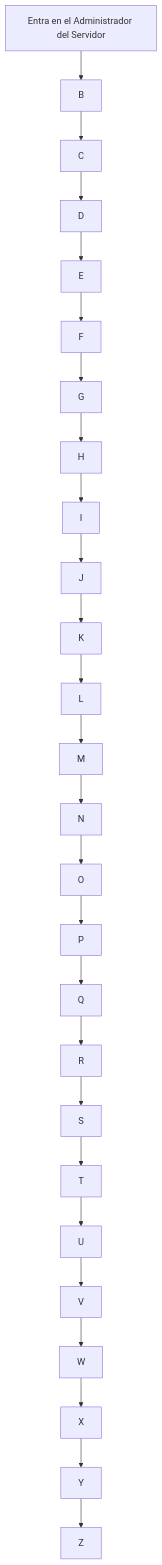
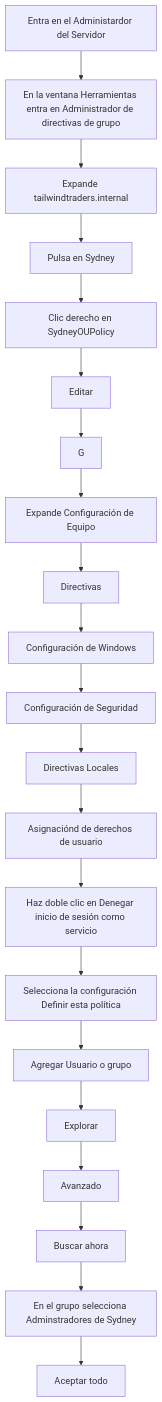
Before and after one commit to alegraargalu/SMR2-SOR-HOTEL_MDD: diagram 22 of 22 in Instalación Active Directory.md, drawn with Mermaid. The commit also changed other lines of this file, not shown here.

````diff
--- a/Instalación Active Directory.md
+++ b/Instalación Active Directory.md
@@ -141,28 +402,23 @@
 ```mermaid
 flowchart TD
-A[Entra en el Administrador del Servidor] --> B[B]
-B --> C[C]
-C --> D[D]
-D --> E[E]
-E --> F[F]
+A[Entra en el Administardor del Servidor] --> B[En la ventana Herramientas entra en Administrador de directivas de grupo]
+B --> C[Expande tailwindtraders.internal]
+C --> D[Pulsa en Sydney]
+D --> E[Clic derecho en SydneyOUPolicy]
+E --> F[Editar]
 F --> G[G]
-G --> H[H]
-H --> I[I]
-I --> J[J]
-J --> K[K]
-K --> L[L]
-L --> M[M]
-M --> N[N]
-N --> O[O]
-O --> P[P]
-P --> Q[Q]
-Q --> R[R]
-R --> S[S]
-S --> T[T]
-T --> U[U]
-U --> V[V]
-V --> W[W]
-W --> X[X]
-X --> Y[Y]
-Y --> Z[Z]
+G --> H[Expande Configuración de Equipo]
+H --> I[Directivas]
+I --> J[Configuración de Windows]
+J --> K[Configuración de Seguridad]
+K --> L[Directivas Locales]
+L --> M[Asignaciónd de derechos de usuario]
+M --> N[Haz doble clic en Denegar inicio de sesión como servicio]
+N --> O[Selecciona la configuración Definir esta política]
+O --> P[Agregar Usuario o grupo]
+P --> Q[Explorar]
+Q --> R[Avanzado]
+R --> S[Buscar ahora]
+S --> T[En el grupo selecciona Adminstradores de Sydney]
+T --> U[Aceptar todo]
 ```
````
